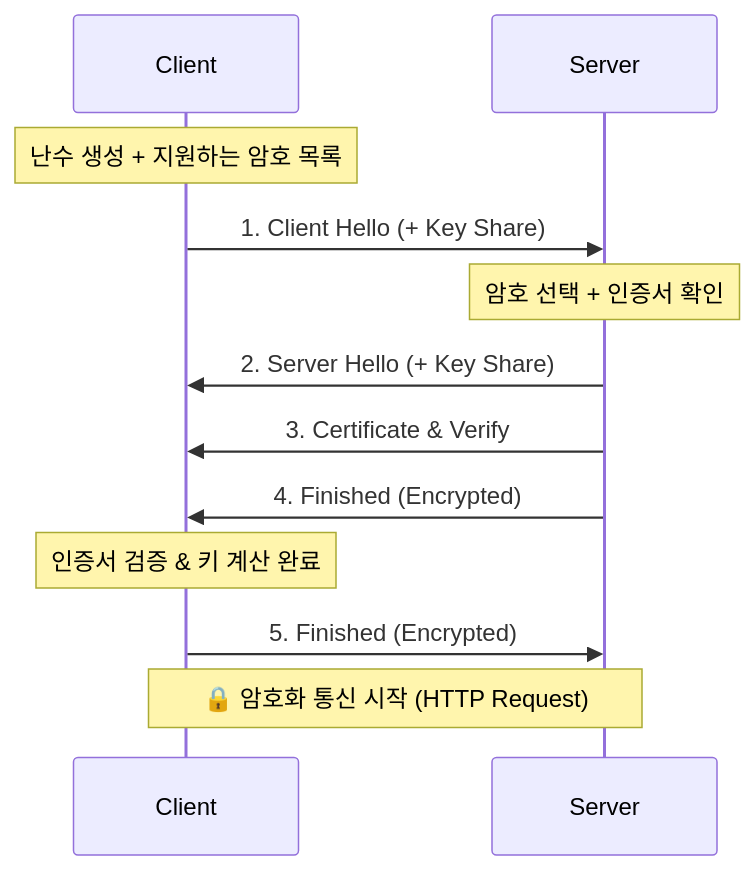
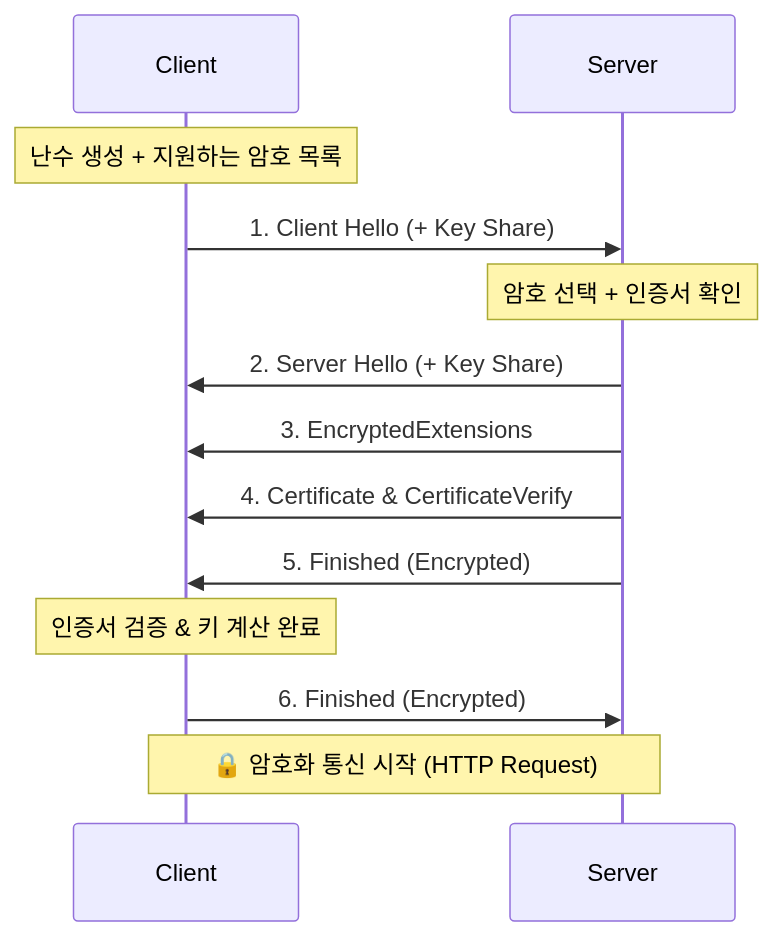
The first of 2 diagrams in content/learning/deep-dive/deep-dive-tls-handshake.md (jyukki97/study-blog), drawn with Mermaid before and after one commit. The commit also changed other lines of this file and 11 other files, not shown here.

````diff
--- a/content/learning/deep-dive/deep-dive-tls-handshake.md
+++ b/content/learning/deep-dive/deep-dive-tls-handshake.md
@@ -28,18 +30,19 @@
 ```mermaid
 sequenceDiagram
     participant Client
     participant Server
     
     Note over Client: 난수 생성 + 지원하는 암호 목록
     Client->>Server: 1. Client Hello (+ Key Share)
     
     Note over Server: 암호 선택 + 인증서 확인
     Server->>Client: 2. Server Hello (+ Key Share)
-    Server->>Client: 3. Certificate & Verify
-    Server->>Client: 4. Finished (Encrypted)
+    Server->>Client: 3. EncryptedExtensions
+    Server->>Client: 4. Certificate & CertificateVerify
+    Server->>Client: 5. Finished (Encrypted)
     
     Note over Client: 인증서 검증 & 키 계산 완료
-    Client->>Server: 5. Finished (Encrypted)
+    Client->>Server: 6. Finished (Encrypted)
     
     Note over Client, Server: 🔒 암호화 통신 시작 (HTTP Request)
 ```
````
